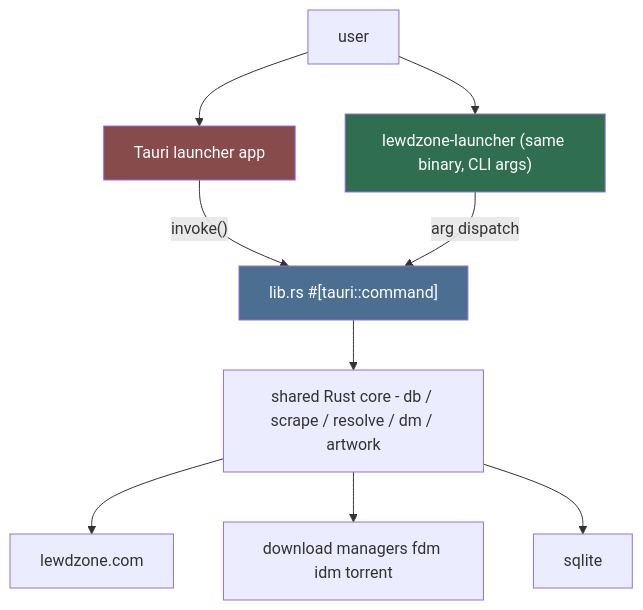
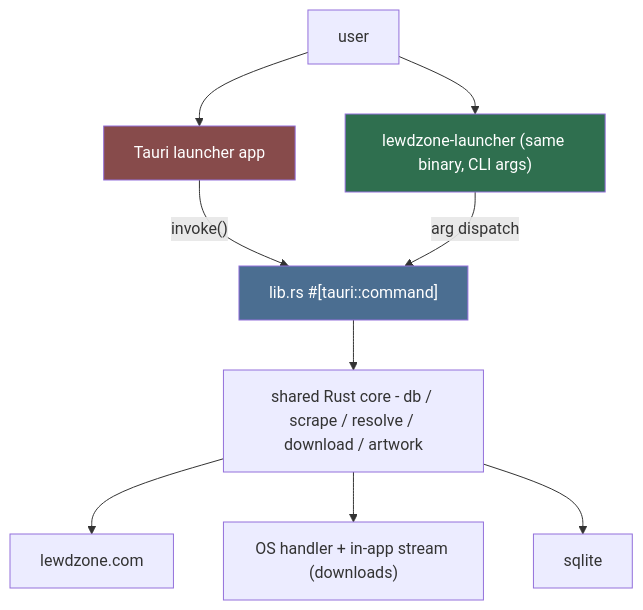
The first of 2 diagrams in .agents/agents/cli/cli.md (HELIX-Origin/LewdZone-Launcher), drawn with Mermaid before and after one commit. The commit also changed other lines of this file and 45 other files, not shown here.

First line of the commit message:
feat(download): downloads/lzapps install layout, SQLite secrets, and agent cleanup

````diff
--- a/.agents/agents/cli/cli.md
+++ b/.agents/agents/cli/cli.md
@@ -31,15 +31,15 @@
 ```mermaid
 flowchart TD
     U[user] --> APP[Tauri launcher app]
     U --> CLI["lewdzone-launcher (same binary, CLI args)"]
     APP -->|"invoke()"| CMD["lib.rs #[tauri::command]"]
     CLI -->|"arg dispatch"| CMD
-    CMD --> CORE["shared Rust core - db / scrape / resolve / dm / artwork"]
+    CMD --> CORE["shared Rust core - db / scrape / resolve / download / artwork"]
     CORE --> SITE[lewdzone.com]
-    CORE --> DM["download managers fdm idm torrent"]
+    CORE --> OS["OS handler + in-app stream (downloads)"]
     CORE --> SQL["sqlite"]
 
     style APP fill:#874b4b,color:#fff
     style CLI fill:#2f6f4f,color:#fff
     style CMD fill:#4b6e91,color:#fff
 ```
````
